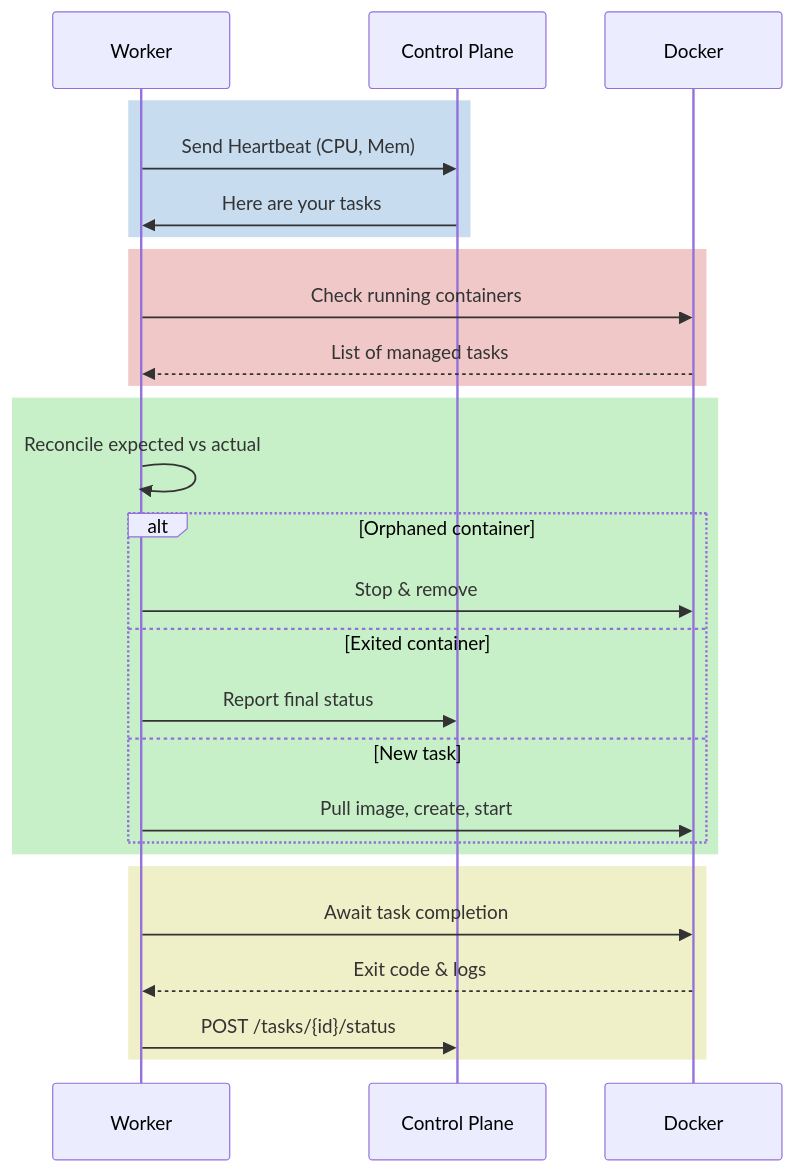
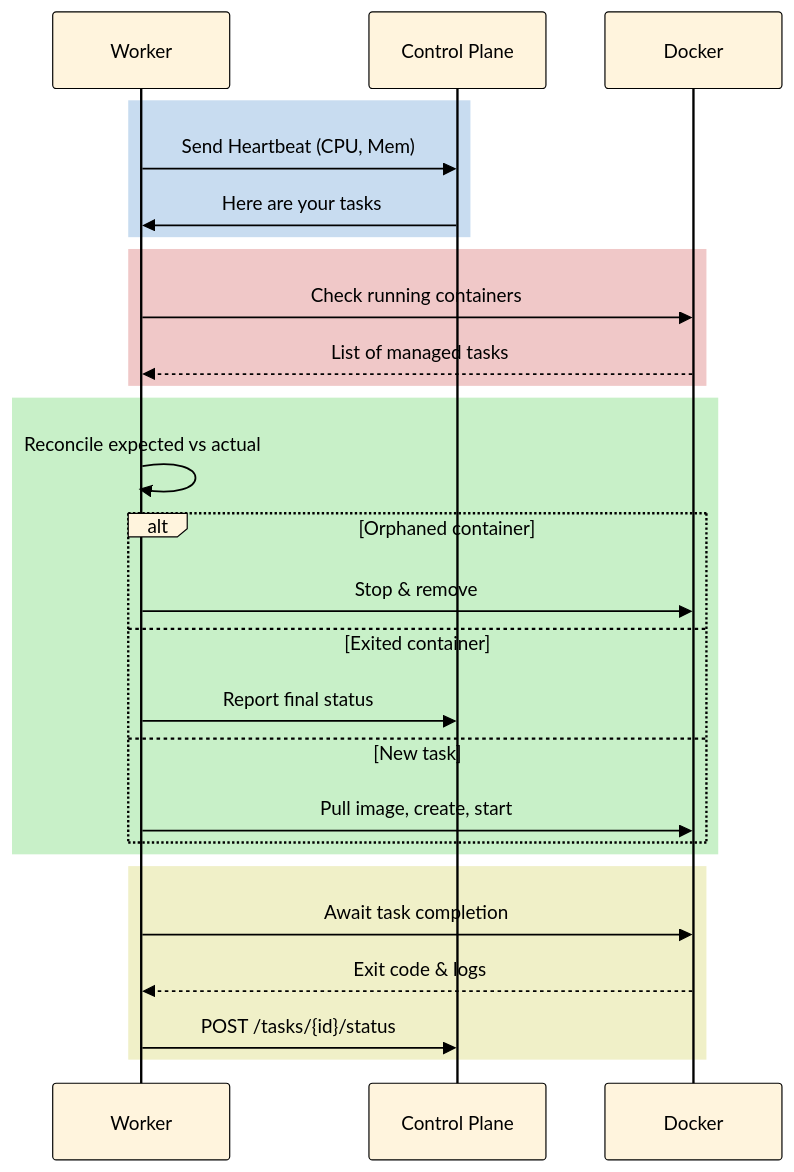
One commit to Mohi1038/mini-k8s changed the fifth of 5 diagrams in README.md. Above: the diagram before and after it, drawn with Mermaid.

Commit message:
docs: fix Worker Reconciliation diagram text color to black

````diff
--- a/README.md
+++ b/README.md
@@ -374,33 +374,34 @@
 ```mermaid
+%%{init: {'theme': 'base', 'themeVariables': { 'primaryTextColor':'#000000', 'primaryBorderColor':'#000000', 'fontSize':'14px'}}}%%
 sequenceDiagram
     participant W as Worker
     participant API as Control Plane
     participant Docker as Docker
     
     rect rgb(200, 220, 240)
     W->>API: Send Heartbeat (CPU, Mem)
     API->>W: Here are your tasks
     end
     
     rect rgb(240, 200, 200)
     W->>Docker: Check running containers
     Docker-->>W: List of managed tasks
     end
     
     rect rgb(200, 240, 200)
     W->>W: Reconcile expected vs actual
     alt Orphaned container
         W->>Docker: Stop & remove
     else Exited container
         W->>API: Report final status
     else New task
         W->>Docker: Pull image, create, start
     end
     end
     
     rect rgb(240, 240, 200)
     W->>Docker: Await task completion
     Docker-->>W: Exit code & logs
     W->>API: POST /tasks/{id}/status
     end
 ```
````
